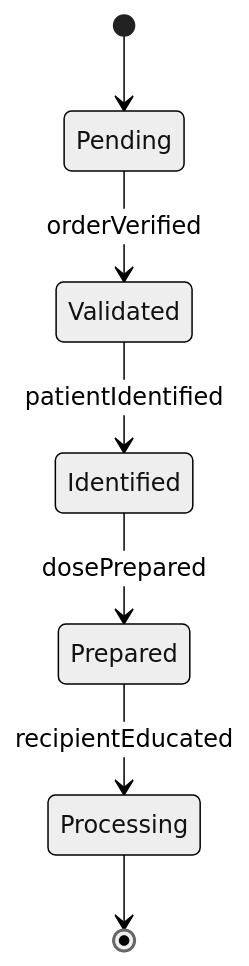
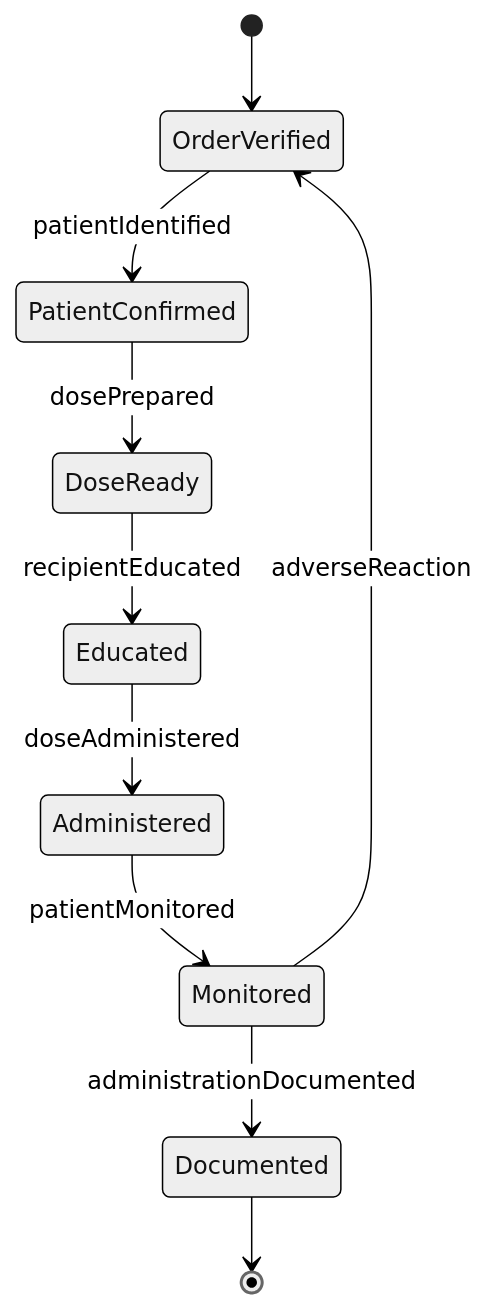
One commit to dot-org-ai/tasks.org.ai changed the second of 4 diagrams in AssistingAndCaringForOthers/AdministerBasicHealthCareOrMedicalTreatments/GiveMedicationsImmunizations.mdx. Above: the diagram before and after it, drawn with Mermaid (neutral theme). The commit also changed other lines of this file and 32 other files, not shown here.

First line of the commit message:
fix: Improve ER and State diagrams in 32 AssistingAndCaringForOthers DWA files

````diff
--- a/AssistingAndCaringForOthers/AdministerBasicHealthCareOrMedicalTreatments/GiveMedicationsImmunizations.mdx
+++ b/AssistingAndCaringForOthers/AdministerBasicHealthCareOrMedicalTreatments/GiveMedicationsImmunizations.mdx
@@ -99,9 +99,12 @@
 ```mermaid
 stateDiagram-v2
-    [*] --> Pending
-    Pending --> Validated : orderVerified
-    Validated --> Identified : patientIdentified
-    Identified --> Prepared : dosePrepared
-    Prepared --> Processing : recipientEducated
-    Processing --> [*]
+    [*] --> OrderVerified
+    OrderVerified --> PatientConfirmed : patientIdentified
+    PatientConfirmed --> DoseReady : dosePrepared
+    DoseReady --> Educated : recipientEducated
+    Educated --> Administered : doseAdministered
+    Administered --> Monitored : patientMonitored
+    Monitored --> Documented : administrationDocumented
+    Monitored --> OrderVerified : adverseReaction
+    Documented --> [*]
 ```
````
